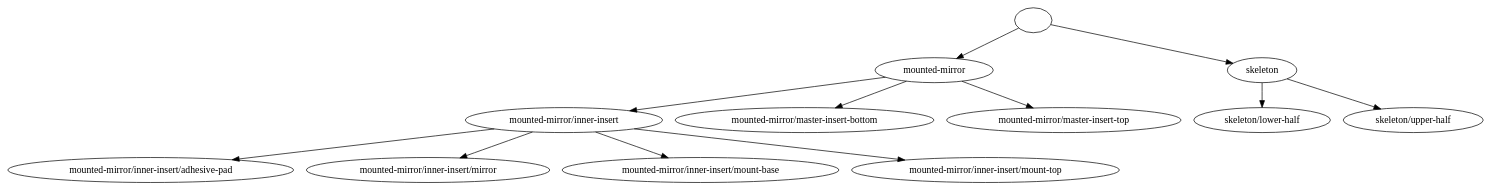
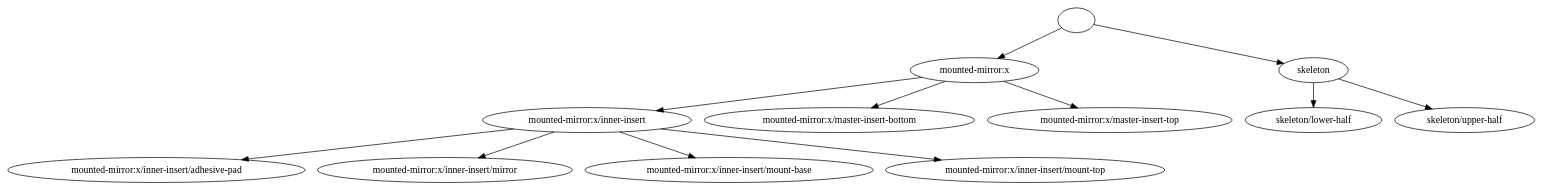
Before and after one commit to openUC2/optikit: the diagram in examples/designs/cube-mounted/mirror-static.dsn/_assembly-graph:x.dot, drawn with Graphviz. The commit also changed 19 other files, not shown here.

Commit message:
Improve node & edge labels in assembly graph

```diff
--- a/examples/designs/cube-mounted/mirror-static.dsn/_assembly-graph:x.dot
+++ b/examples/designs/cube-mounted/mirror-static.dsn/_assembly-graph:x.dot
@@ -1,74 +1,74 @@
 strict digraph "" {
-	graph [bb="0,0,1809.7,252"];
+	graph [bb="0,0,1878.2,252"];
 	node [label="\N"];
 	edge [label="\E"];
 	""	[height=0.5,
-		pos="1252.5,234",
+		pos="1310.1,234",
 		width=0.75];
-	"mounted-mirror"	[height=0.5,
-		pos="1130.5,162",
-		width=2.0199];
-	"" -> "mounted-mirror"	[key=" -> mounted-mirror",
+	"mounted-mirror:x"	[height=0.5,
+		pos="1184.1,162",
+		width=2.2286];
+	"" -> "mounted-mirror:x"	[key=" -> mounted-mirror:x",
 		label="",
-		pos="e,1158.5,179.03 1232.4,221.44 1215.1,211.5 1189.6,196.88 1168.4,184.75"];
+		pos="e,1213.2,179.18 1289.8,221.75 1271.8,211.77 1245.1,196.89 1223,184.61"];
 	skeleton	[height=0.5,
-		pos="1533.5,162",
+		pos="1602.1,162",
 		width=1.2005];
 	"" -> skeleton	[key=" -> skeleton",
 		label="",
-		pos="e,1497.3,172.02 1277.5,226.79 1324.3,215.13 1426,189.78 1486.2,174.79"];
-	"mounted-mirror/inner-insert"	[height=0.5,
-		pos="678.54,90",
-		width=3.3309];
-	"mounted-mirror" -> "mounted-mirror/inner-insert"	[key="mounted-mirror -> mounted-mirror/inner-insert",
+		pos="e,1565.1,171.85 1335.2,226.97 1383.8,215.33 1491.2,189.56 1554,174.53"];
+	"mounted-mirror:x/inner-insert"	[height=0.5,
+		pos="709.05,90",
+		width=3.5396];
+	"mounted-mirror:x" -> "mounted-mirror:x/inner-insert"	[key="mounted-mirror:x -> mounted-mirror:x/inner-insert",
 		label="",
-		pos="e,759.67,103.56 1070.1,151.63 993.35,139.75 860.33,119.15 770.9,105.3"];
-	"mounted-mirror/master-insert-bottom"	[height=0.5,
-		pos="972.54,90",
-		width=4.3442];
-	"mounted-mirror" -> "mounted-mirror/master-insert-bottom"	[key="mounted-mirror -> mounted-mirror/master-insert-bottom",
+		pos="e,794.8,103.64 1118.5,151.34 1037.6,139.41 899.16,119.02 805.94,105.28"];
+	"mounted-mirror:x/master-insert-bottom"	[height=0.5,
+		pos="1018.1,90",
+		width=4.5528];
+	"mounted-mirror:x" -> "mounted-mirror:x/master-insert-bottom"	[key="mounted-mirror:x -> mounted-mirror:x/master-insert-bottom",
 		label="",
-		pos="e,1010.6,107.88 1096.3,145.81 1074.3,136.07 1045.4,123.29 1021.1,112.51"];
-	"mounted-mirror/master-insert-top"	[height=0.5,
-		pos="1288.5,90",
-		width=3.9269];
-	"mounted-mirror" -> "mounted-mirror/master-insert-top"	[key="mounted-mirror -> mounted-mirror/master-insert-top",
+		pos="e,1058.2,107.92 1147.6,145.64 1124.5,135.88 1094.2,123.12 1068.8,112.38"];
+	"mounted-mirror:x/master-insert-top"	[height=0.5,
+		pos="1349.1,90",
+		width=4.1355];
+	"mounted-mirror:x" -> "mounted-mirror:x/master-insert-top"	[key="mounted-mirror:x -> mounted-mirror:x/master-insert-top",
 		label="",
-		pos="e,1250.7,107.75 1164.8,145.81 1186.9,136.04 1215.9,123.19 1240.2,112.4"];
-	"mounted-mirror/inner-insert/adhesive-pad"	[height=0.5,
-		pos="173.54,18",
-		width=4.8206];
-	"mounted-mirror/inner-insert" -> "mounted-mirror/inner-insert/adhesive-pad"	[key="mounted-mirror/inner-insert -> mounted-mirror/inner-insert/adhesive-pad",
+		pos="e,1309.5,107.8 1220.3,145.64 1243.3,135.85 1273.6,123.03 1298.9,112.27"];
+	"mounted-mirror:x/inner-insert/adhesive-pad"	[height=0.5,
+		pos="181.05,18",
+		width=5.0292];
+	"mounted-mirror:x/inner-insert" -> "mounted-mirror:x/inner-insert/adhesive-pad"	[key="mounted-mirror:x/inner-insert -> mounted-mirror:x/inner-insert/adhesive-pad",
 		label="",
-		pos="e,274.75,33.029 592.59,77.086 508.12,65.378 378.78,47.449 286.14,34.609"];
-	"mounted-mirror/inner-insert/mirror"	[height=0.5,
-		pos="512.54,18",
-		width=4.0907];
-	"mounted-mirror/inner-insert" -> "mounted-mirror/inner-insert/mirror"	[key="mounted-mirror/inner-insert -> mounted-mirror/inner-insert/mirror",
+		pos="e,286.5,32.98 618.29,76.967 529.65,65.216 394.38,47.283 297.79,34.476"];
+	"mounted-mirror:x/inner-insert/mirror"	[height=0.5,
+		pos="535.05,18",
+		width=4.2994];
+	"mounted-mirror:x/inner-insert" -> "mounted-mirror:x/inner-insert/mirror"	[key="mounted-mirror:x/inner-insert -> mounted-mirror:x/inner-insert/mirror",
 		label="",
-		pos="e,552.37,35.795 639.62,72.588 616.75,62.943 587.58,50.645 562.96,40.263"];
-	"mounted-mirror/inner-insert/mount-base"	[height=0.5,
-		pos="845.54,18",
-		width=4.657];
-	"mounted-mirror/inner-insert" -> "mounted-mirror/inner-insert/mount-base"	[key="mounted-mirror/inner-insert -> mounted-mirror/inner-insert/mount-base",
+		pos="e,576.8,35.795 668.26,72.588 644.07,62.857 613.16,50.424 587.21,39.985"];
+	"mounted-mirror:x/inner-insert/mount-base"	[height=0.5,
+		pos="883.05,18",
+		width=4.8656];
+	"mounted-mirror:x/inner-insert" -> "mounted-mirror:x/inner-insert/mount-base"	[key="mounted-mirror:x/inner-insert -> mounted-mirror:x/inner-insert/mount-base",
 		label="",
-		pos="e,805.18,35.917 717.69,72.588 740.72,62.935 770.09,50.625 794.87,40.238"];
-	"mounted-mirror/inner-insert/mount-top"	[height=0.5,
-		pos="1193.5,18",
-		width=4.5231];
-	"mounted-mirror/inner-insert" -> "mounted-mirror/inner-insert/mount-top"	[key="mounted-mirror/inner-insert -> mounted-mirror/inner-insert/mount-top",
+		pos="e,841,35.917 749.85,72.588 773.95,62.892 804.71,50.515 830.61,40.099"];
+	"mounted-mirror:x/inner-insert/mount-top"	[height=0.5,
+		pos="1247.1,18",
+		width=4.7318];
+	"mounted-mirror:x/inner-insert" -> "mounted-mirror:x/inner-insert/mount-top"	[key="mounted-mirror:x/inner-insert -> mounted-mirror:x/inner-insert/mount-top",
 		label="",
-		pos="e,1093.6,32.584 765.32,77.205 852.5,65.354 987.21,47.045 1082.2,34.131"];
+		pos="e,1142.5,32.598 800.62,77.086 891.89,65.211 1032.3,46.936 1131.3,34.061"];
 	"skeleton/lower-half"	[height=0.5,
-		pos="1533.5,90",
+		pos="1602.1,90",
 		width=2.3922];
 	skeleton -> "skeleton/lower-half"	[key="skeleton -> skeleton/lower-half",
 		label="",
-		pos="e,1533.5,108.1 1533.5,143.7 1533.5,136.41 1533.5,127.73 1533.5,119.54"];
+		pos="e,1602.1,108.1 1602.1,143.7 1602.1,136.41 1602.1,127.73 1602.1,119.54"];
 	"skeleton/upper-half"	[height=0.5,
-		pos="1723.5,90",
+		pos="1792.1,90",
 		width=2.3922];
 	skeleton -> "skeleton/upper-half"	[key="skeleton -> skeleton/upper-half",
 		label="",
-		pos="e,1682.5,106.13 1564.9,149.44 1593.9,138.75 1637.6,122.67 1671.8,110.08"];
+		pos="e,1751,106.13 1633.4,149.44 1662.4,138.75 1706.1,122.67 1740.3,110.08"];
 }
```
